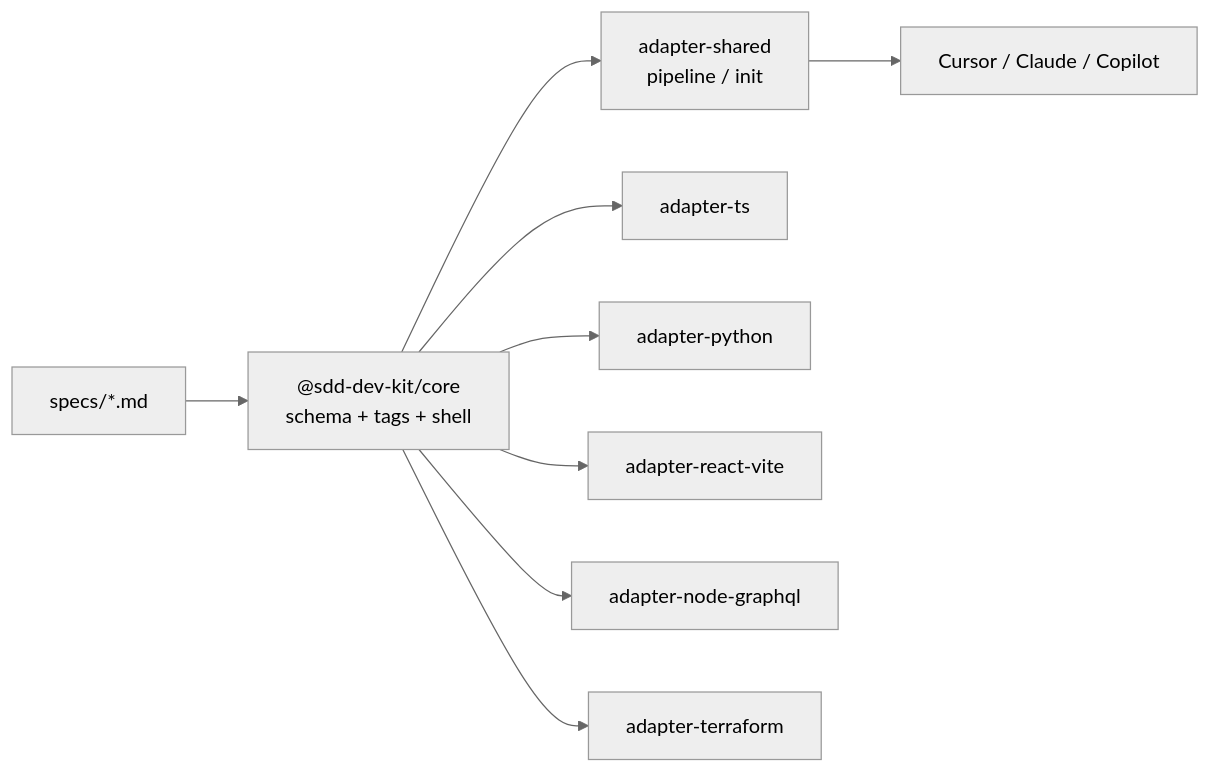
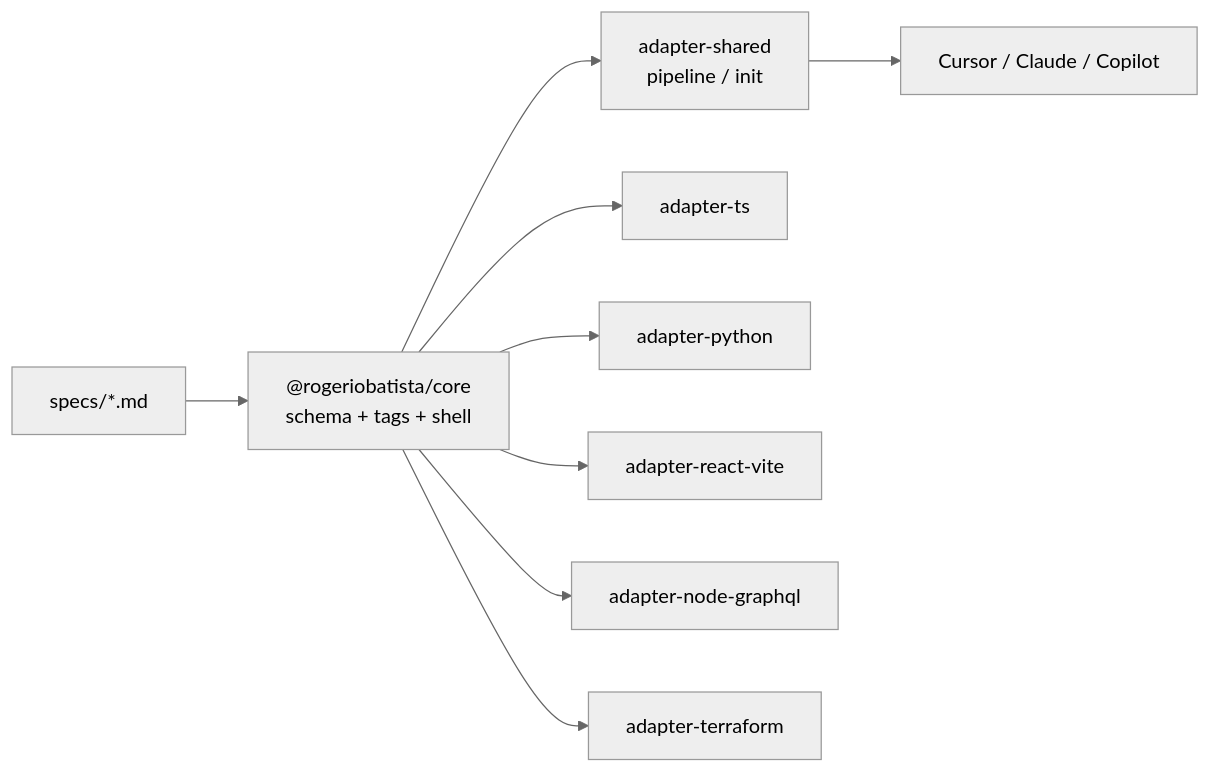
Before and after one commit to rogeriobatista/sdd-dev-kit: the diagram in docs/superpowers/specs/2026-11-24-sdd-stack-adapters-design.md, drawn with Mermaid (neutral theme). The commit also changed other lines of this file and 91 other files, not shown here.

````diff
--- a/docs/superpowers/specs/2026-11-24-sdd-stack-adapters-design.md
+++ b/docs/superpowers/specs/2026-11-24-sdd-stack-adapters-design.md
@@ -35,11 +35,11 @@
 ```mermaid
 flowchart LR
-  Specs["specs/*.md"] --> Core["@sdd-dev-kit/core\nschema + tags + shell"]
+  Specs["specs/*.md"] --> Core["@rogeriobatista/core\nschema + tags + shell"]
   Core --> Shared["adapter-shared\npipeline / init"]
   Shared --> Hosts["Cursor / Claude / Copilot"]
   Core --> TS["adapter-ts"]
   Core --> Py["adapter-python"]
   Core --> RV["adapter-react-vite"]
   Core --> GQL["adapter-node-graphql"]
   Core --> TF["adapter-terraform"]
 ```
````
